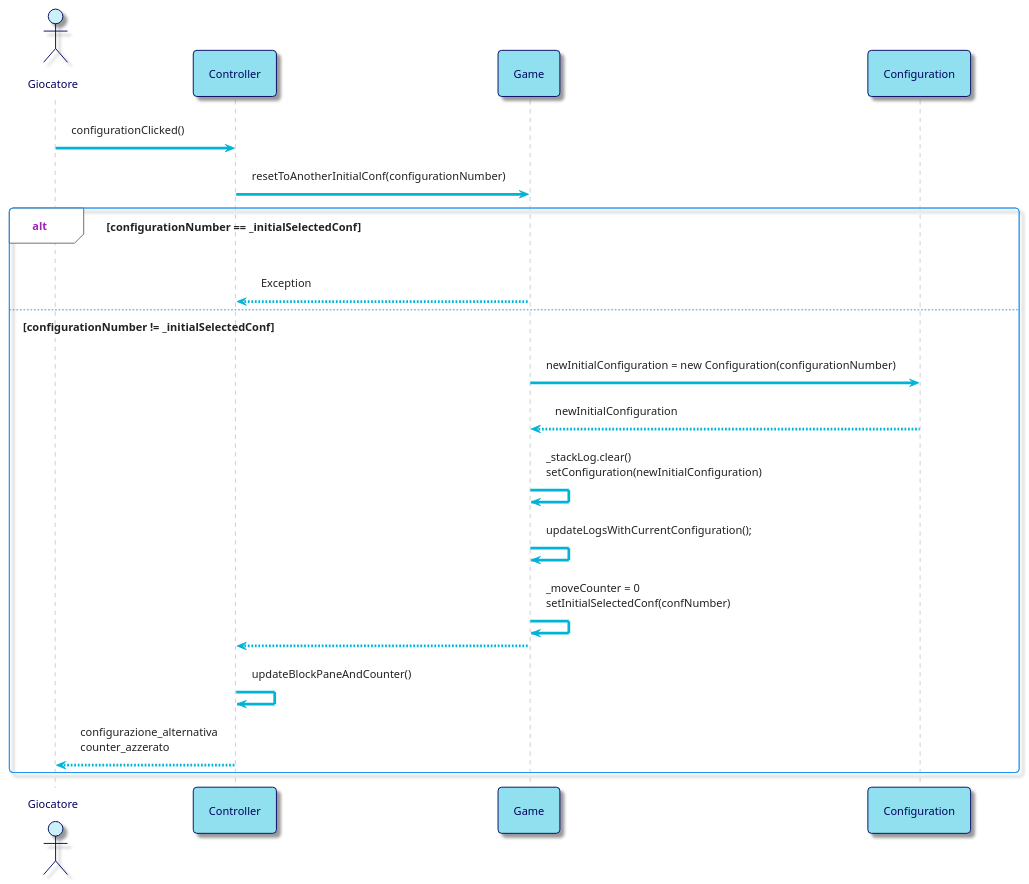
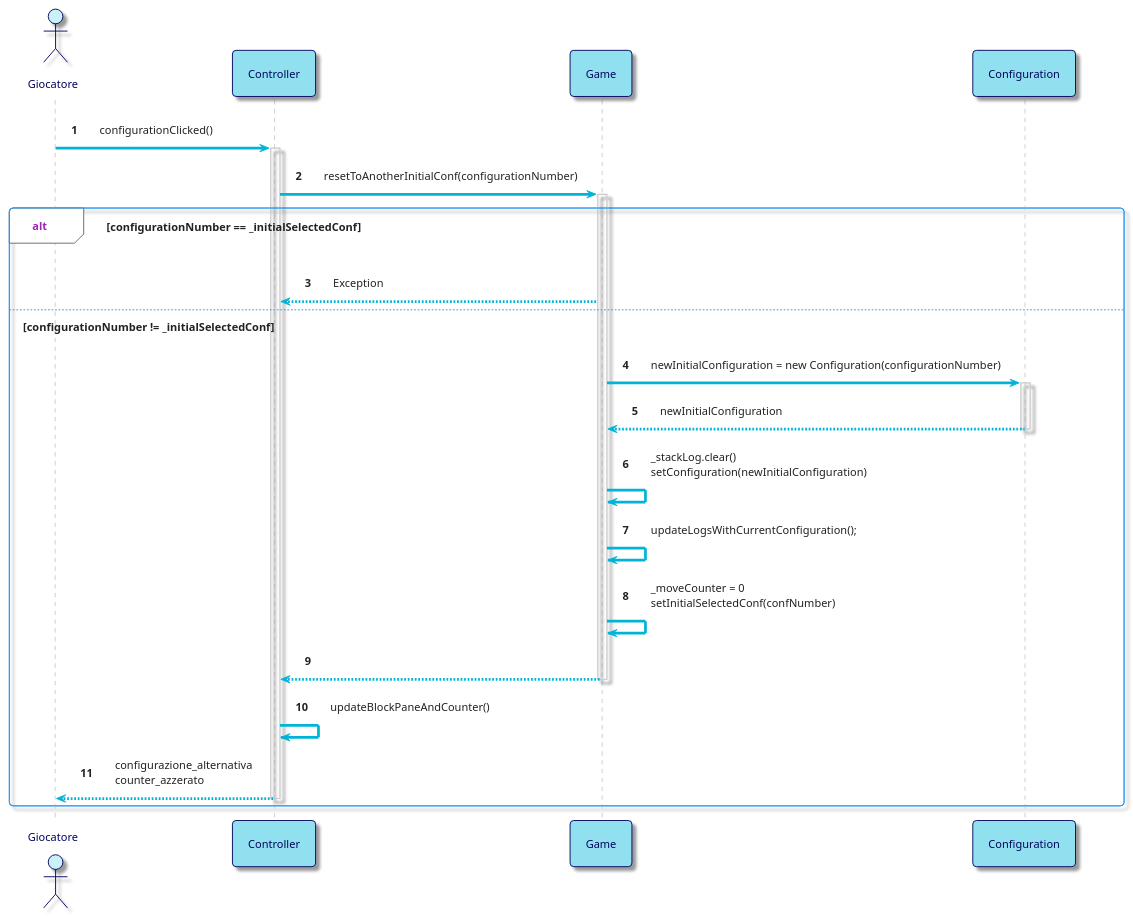
The third of 6 diagrams in resources/Sequence_Diagrams.md (bellins14/klotski_gruppo2), drawn with PlantUML before and after one commit.

````diff
--- a/resources/Sequence_Diagrams.md
+++ b/resources/Sequence_Diagrams.md
@@ -187,40 +187,49 @@
 ```plantuml
 @startuml
 !theme materia-outline
 
+autonumber
 skinparam ArrowColor #00B4D8
 skinparam ActorBorderColor #03045E
 skinparam ActorFontColor #03045E
 skinparam ActorBackgroundColor #CAF0F8
 skinparam ParticipantFontColor #03045E
 skinparam ParticipantBorderColor #03045E
 skinparam ParticipantBackgroundColor #90E0EF
 skinparam DatabaseBorderColor #03045E
 skinparam DatabaseBackgroundColor #00B4D8
 skinparam DatabaseFontColor #03045E
 skinparam BackgroundColor #FFFFFF
 
 actor Giocatore 
 participant Controller
 participant Game
 
 
 Giocatore -> Controller: configurationClicked()
+activate Controller
 Controller -> Game: resetToAnotherInitialConf(configurationNumber)
+activate Game
 
 alt configurationNumber == _initialSelectedConf
 Game --> Controller: Exception
 
 else configurationNumber != _initialSelectedConf
 Game -> Configuration: newInitialConfiguration = new Configuration(configurationNumber)
+activate Configuration
 Configuration --> Game: newInitialConfiguration
+deactivate Configuration
+
 Game -> Game: _stackLog.clear() \nsetConfiguration(newInitialConfiguration)
 Game -> Game: updateLogsWithCurrentConfiguration();
 Game -> Game: _moveCounter = 0 \nsetInitialSelectedConf(confNumber)
 Game --> Controller
+deactivate Game
+
 Controller -> Controller: updateBlockPaneAndCounter()
 Controller --> Giocatore: configurazione_alternativa \ncounter_azzerato
+deactivate Controller
 
 end
 @enduml
 ```
````
